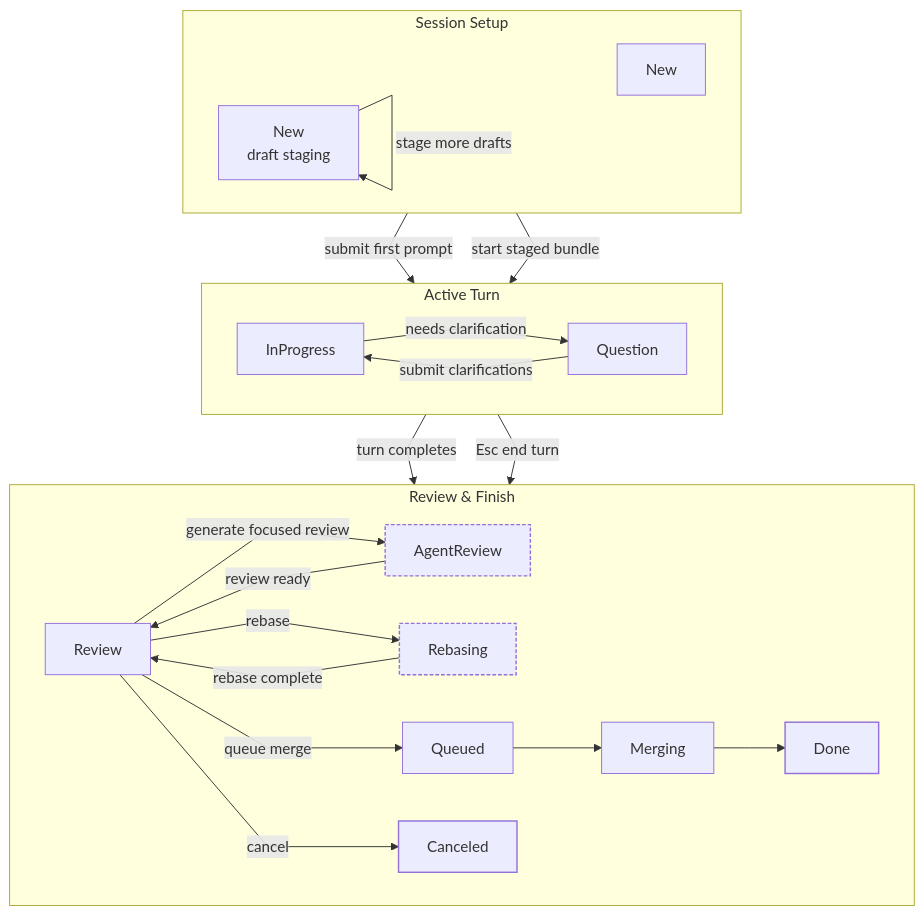
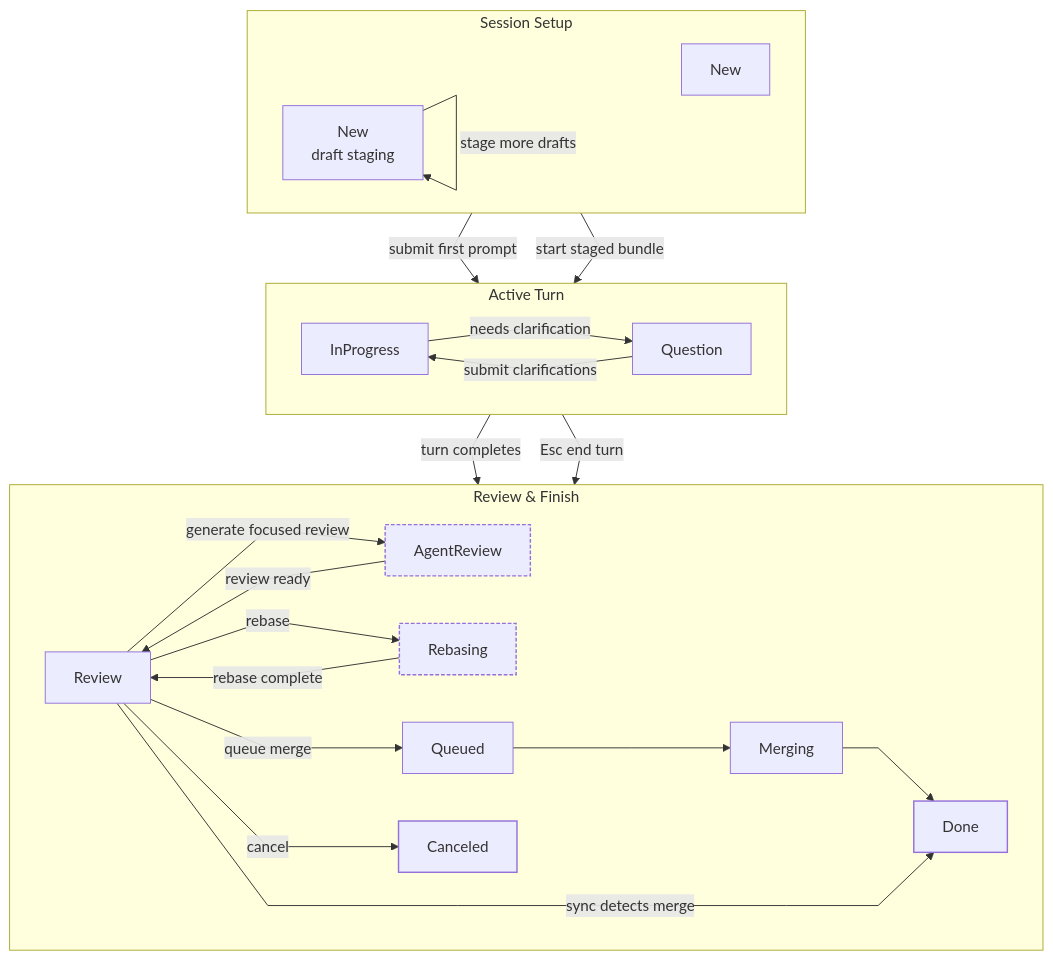
The diagram in docs/site/content/docs/usage/workflow.md (agentty-xyz/agentty), drawn with Mermaid before and after one commit. The commit also changed other lines of this file and 15 other files, not shown here.

First line of the commit message:
Add review request sync action and forge indicators in session view

````diff
--- a/docs/site/content/docs/usage/workflow.md
+++ b/docs/site/content/docs/usage/workflow.md
@@ -161,50 +181,51 @@
 ```mermaid
 %%{init: { "flowchart": { "curve": "linear" } } }%%
 flowchart TB
   classDef auxiliary stroke-dasharray: 4 2,stroke-width: 1.5px;
   classDef terminal stroke-width: 1.5px;
 
   subgraph start["Session Setup"]
     direction LR
     new_regular["New"]
     new_draft["New<br/>draft staging"]
   end
 
   subgraph active["Active Turn"]
     direction LR
     in_progress["InProgress"]
     question["Question"]
   end
 
   subgraph finish["Review & Finish"]
     direction LR
     review["Review"]
     agent_review["AgentReview"]
     rebasing["Rebasing"]
     queued["Queued"]
     merging["Merging"]
     done["Done"]
     canceled["Canceled"]
   end
 
   new_regular -->|submit first prompt| in_progress
   new_draft -->|stage more drafts| new_draft
   new_draft -->|start staged bundle| in_progress
 
   in_progress -->|turn completes| review
   in_progress -->|needs clarification| question
   question -->|submit clarifications| in_progress
   question -->|Esc end turn| review
 
   review -->|generate focused review| agent_review
   agent_review -->|review ready| review
   review -->|rebase| rebasing
   rebasing -->|rebase complete| review
   review -->|queue merge| queued
   queued --> merging
   merging --> done
   review -->|cancel| canceled
+  review -->|sync detects merge| done
 
   class agent_review,rebasing auxiliary
   class done,canceled terminal
 ```
````
